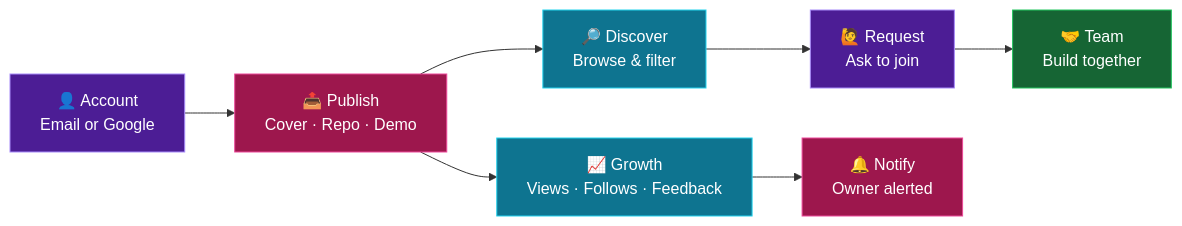
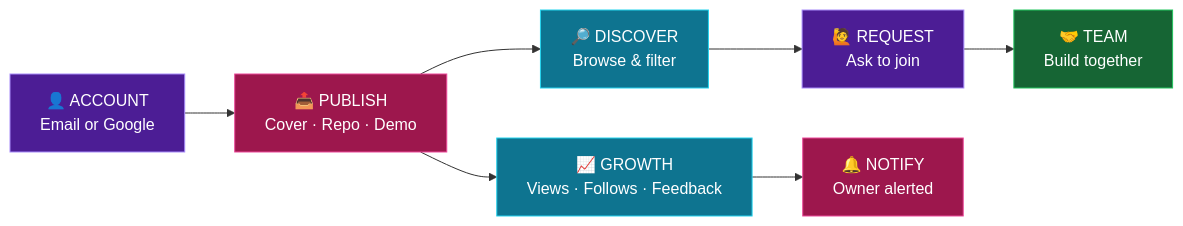
The third of 5 diagrams in README.md (Krishgoyal31/Krishgoyal31), drawn with Mermaid before and after one commit. The commit also changed other lines of this file, not shown here.

````diff
--- a/README.md
+++ b/README.md
@@ -93,16 +231,16 @@
 ```mermaid
 flowchart LR
-    A["👤 Account<br/>Email or Google"] --> B["📤 Publish<br/>Cover · Repo · Demo"]
-    B --> C["🔎 Discover<br/>Browse & filter"]
-    C --> D["🙋 Request<br/>Ask to join"]
-    D --> E["🤝 Team<br/>Build together"]
-    B --> F["📈 Growth<br/>Views · Follows · Feedback"]
-    F --> G["🔔 Notify<br/>Owner alerted"]
+    A["👤 ACCOUNT<br/>Email or Google"] --> B["📤 PUBLISH<br/>Cover · Repo · Demo"]
+    B --> C["🔎 DISCOVER<br/>Browse & filter"]
+    C --> D["🙋 REQUEST<br/>Ask to join"]
+    D --> E["🤝 TEAM<br/>Build together"]
+    B --> F["📈 GROWTH<br/>Views · Follows · Feedback"]
+    F --> G["🔔 NOTIFY<br/>Owner alerted"]
     style A fill:#4C1D95,stroke:#A78BFA,color:#fff
     style B fill:#9D174D,stroke:#EC4899,color:#fff
     style C fill:#0E7490,stroke:#22D3EE,color:#fff
     style D fill:#4C1D95,stroke:#A78BFA,color:#fff
     style E fill:#166534,stroke:#22C55E,color:#fff
     style F fill:#0E7490,stroke:#22D3EE,color:#fff
     style G fill:#9D174D,stroke:#EC4899,color:#fff
 ```
````
